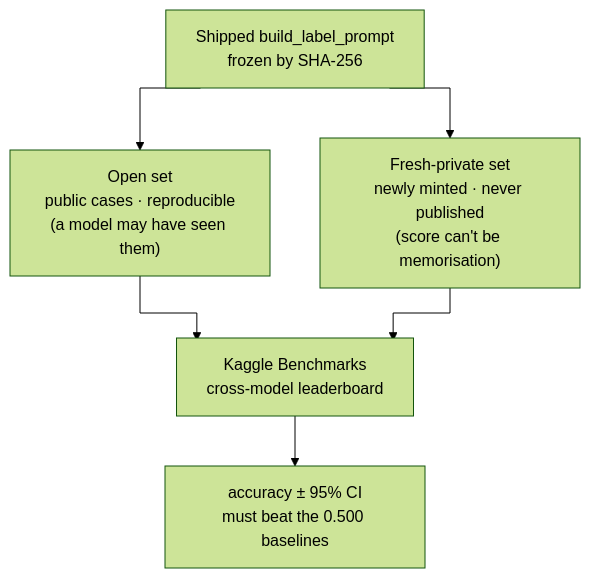
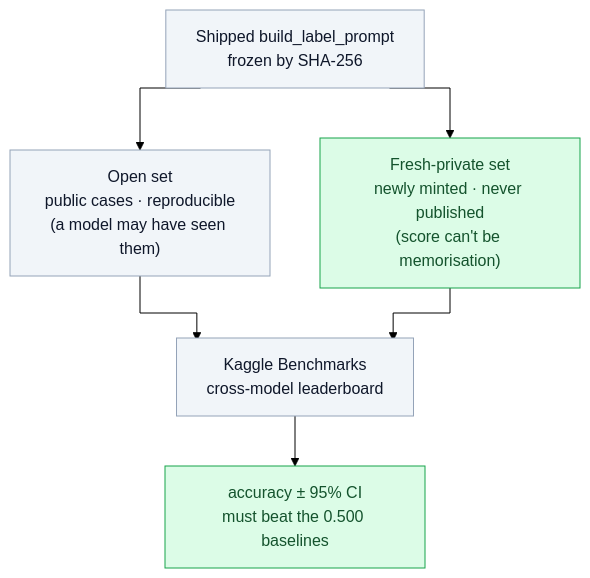
One commit to AmandineFlachs/dataset-auditor changed the second of 2 diagrams in README.md. Above: the diagram before and after it, drawn with Mermaid (forest theme). The commit also changed other lines of this file, not shown here.

First line of the commit message:
docs: color-code README diagrams so the tracks read at a glance

````diff
--- a/README.md
+++ b/README.md
@@ -363,9 +370,14 @@
 ```mermaid
 %%{init: {'flowchart': {'curve': 'stepAfter'}}}%%
 flowchart TD
     PR["Shipped build_label_prompt<br/>frozen by SHA-256"] --> OPEN["Open set<br/>public cases · reproducible<br/>(a model may have seen them)"]
     PR --> PRIV["Fresh-private set<br/>newly minted · never published<br/>(score can't be memorisation)"]
     OPEN --> KB["Kaggle Benchmarks<br/>cross-model leaderboard"]
     PRIV --> KB
     KB --> OUT["accuracy ± 95% CI<br/>must beat the 0.500 baselines"]
+
+    classDef io fill:#f1f5f9,stroke:#94a3b8,color:#0f172a;
+    classDef headline fill:#dcfce7,stroke:#16a34a,color:#14532d;
+    class PR,OPEN,KB io;
+    class PRIV,OUT headline;
 ```
````
